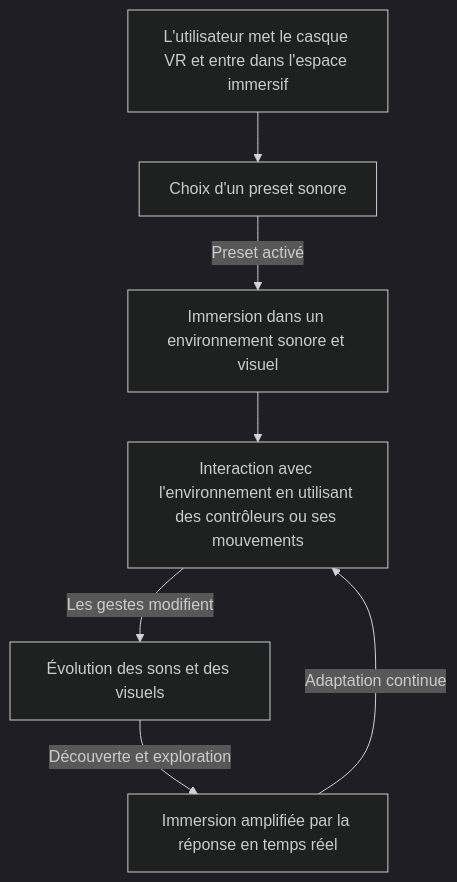
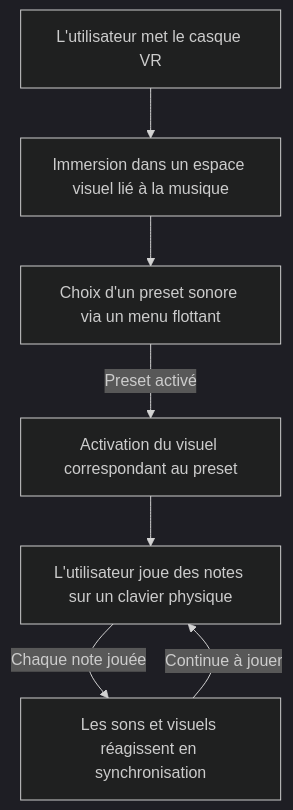
One commit to PootPookies/vizua changed the diagram in README.md. Above: the diagram before and after it, drawn with Mermaid (dark theme).

````diff
--- a/README.md
+++ b/README.md
@@ -26,17 +26,16 @@
 ```mermaid
 graph TD
-    %% Début de l'expérience utilisateur en VR
-    A[L'utilisateur met le casque VR et entre dans l'espace immersif] --> B[Choix d'un preset sonore]
+    %% Début de l'expérience utilisateur
+    A[L'utilisateur met le casque VR] --> B[Immersion dans un espace visuel lié à la musique]
 
-    %% Immersion sonore et visuelle
-    B -->|Preset activé| C[Immersion dans un environnement sonore et visuel]
-    C --> D[Interaction avec l'environnement en utilisant des contrôleurs ou ses mouvements]
+    %% Choix de preset sonore
+    B --> C[Choix d'un preset sonore via un menu flottant]
+    C -->|Preset activé| D[Activation du visuel correspondant au preset]
 
-    %% Interaction évolutive
-    D -->|Les gestes modifient| E[Évolution des sons et des visuels]
-    E -->|Découverte et exploration| F[Immersion amplifiée par la réponse en temps réel]
+    %% Interaction principale
+    D --> E[L'utilisateur joue des notes sur un clavier physique]
+    E -->|Chaque note jouée| F[Les sons et visuels réagissent en synchronisation]
 
-    %% Boucle d'exploration immersive
-    F -->|Adaptation continue| D
-
+    %% Boucle immersive
+    F -->|Continue à jouer| E
 ```
````
